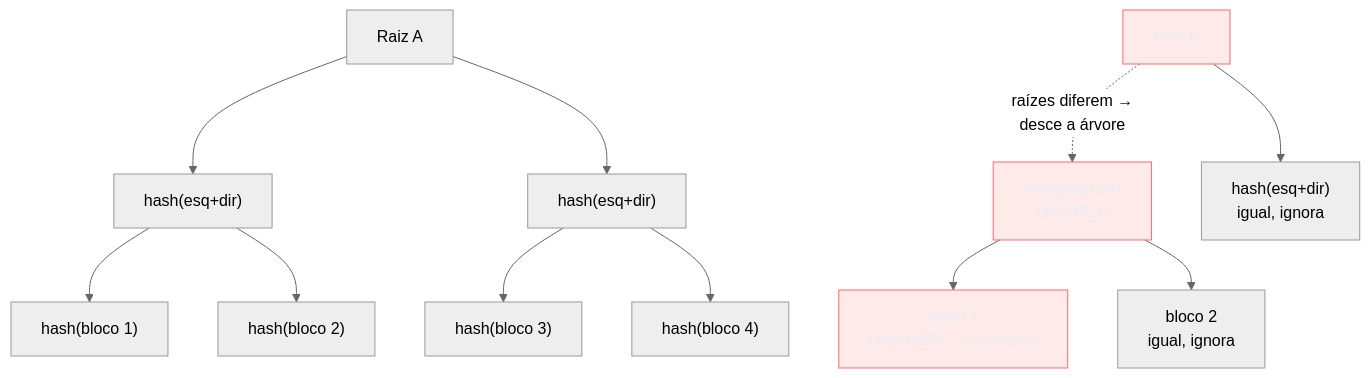
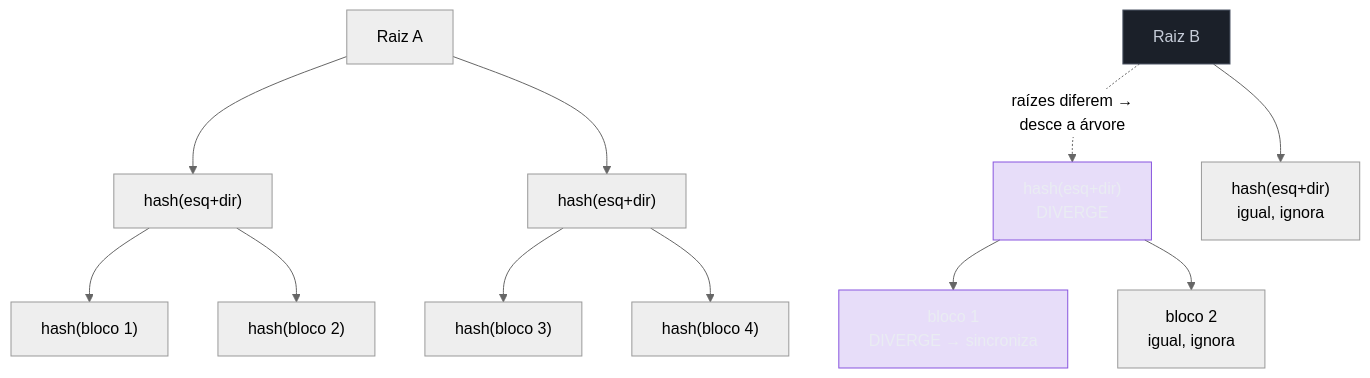
Before and after one commit to josenaldo/codex-technomanticus: the seventh of 7 diagrams in 03-Dominios/Engenharia/Arquitetura/System Design/4 - Walkthroughs/08 - Distributed Key-Value Store.md, drawn with Mermaid (neutral theme). The commit also changed other lines of this file and 601 other files, not shown here.

````diff
--- a/03-Dominios/Engenharia/Arquitetura/System Design/4 - Walkthroughs/08 - Distributed Key-Value Store.md
+++ b/03-Dominios/Engenharia/Arquitetura/System Design/4 - Walkthroughs/08 - Distributed Key-Value Store.md
@@ -281,19 +281,20 @@
 ```mermaid
 graph TD
-    classDef falha fill:#FF6B6B24,stroke:#FF6B6B,color:#E9ECF2
+    classDef marca fill:#8855DF33,stroke:#8855DF,color:#E9ECF2
+    classDef neutro fill:#1B2029,stroke:#4E5666,color:#C6CCD8
     R1["Raiz A"] --> P1["hash(esq+dir)"]
     R1 --> P2["hash(esq+dir)"]
     P1 --> L1["hash(bloco 1)"]
     P1 --> L2["hash(bloco 2)"]
     P2 --> L3["hash(bloco 3)"]
     P2 --> L4["hash(bloco 4)"]
 
     R2["Raiz B"] -.->|"raízes diferem →<br/>desce a árvore"| P1B["hash(esq+dir)<br/>DIVERGE"]
     R2 --> P2B["hash(esq+dir)<br/>igual, ignora"]
     P1B --> L1B["bloco 1<br/>DIVERGE → sincroniza"]
     P1B --> L2B["bloco 2<br/>igual, ignora"]
 
-    class R2 falha
-    class P1B falha
-    class L1B falha
+    class R2 neutro
+    class P1B marca
+    class L1B marca
 ```
````
